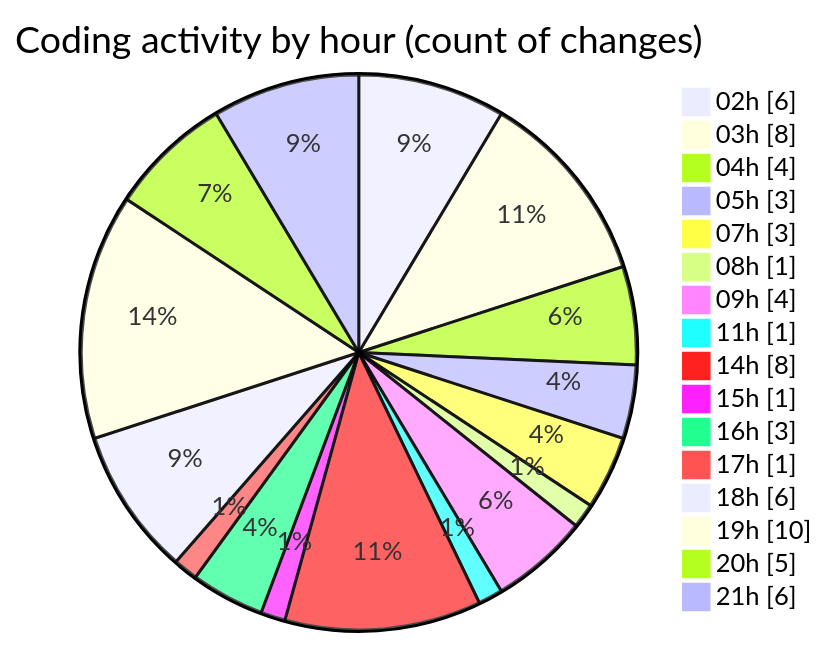
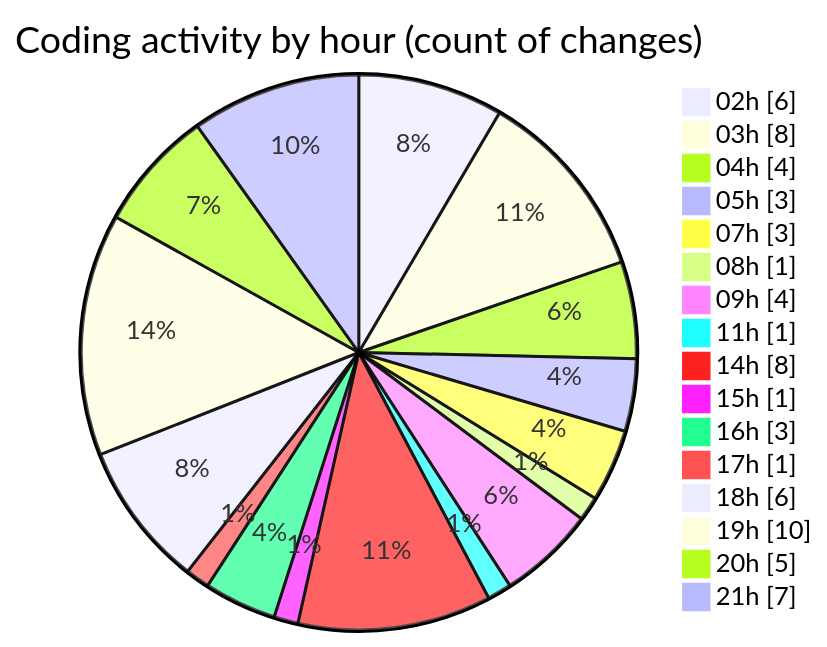
One commit to FelipKnott/code-tracking changed the second of 2 diagrams in 2025-07-03/cursor/README.md. Above: the diagram before and after it, drawn with Mermaid. The commit also changed other lines of this file and 1 other file, not shown here.

````diff
--- a/2025-07-03/cursor/README.md
+++ b/2025-07-03/cursor/README.md
@@ -48,20 +49,20 @@
 ```mermaid
 pie showData
 title Coding activity by hour (count of changes)
 "02h" : 6
 "03h" : 8
 "04h" : 4
 "05h" : 3
 "07h" : 3
 "08h" : 1
 "09h" : 4
 "11h" : 1
 "14h" : 8
 "15h" : 1
 "16h" : 3
 "17h" : 1
 "18h" : 6
 "19h" : 10
 "20h" : 5
-"21h" : 6
+"21h" : 7
 ```
````
